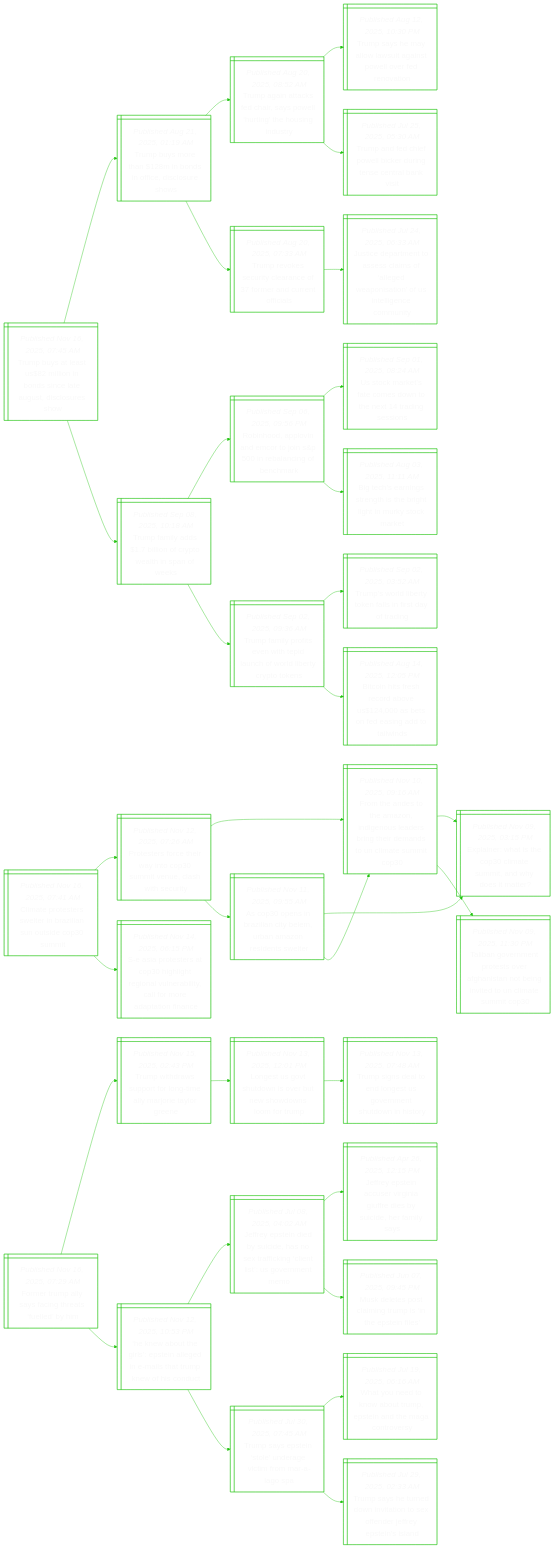
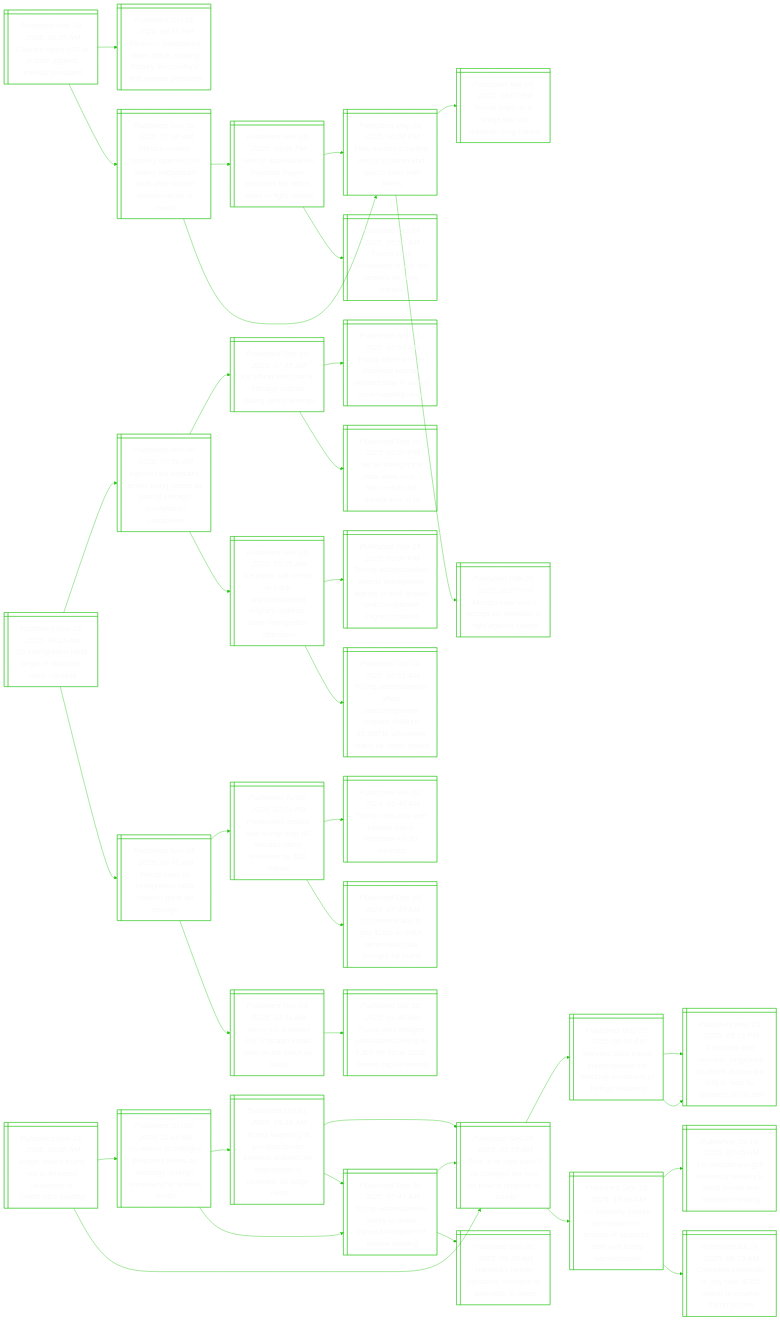
Before and after one commit to notJmes/notJmes: the diagram in README.md, drawn with Mermaid. The commit also changed other lines of this file, not shown here.

````diff
--- a/README.md
+++ b/README.md
@@ -16,109 +16,121 @@
 flowchart LR
 classDef txtsize font-size:20px;
 
-Tbttlidcescro@{ shape: win-pane, label: "_Published Nov 16, 2025, 07:45 AM_
-Trump buys at least us$82 million in bonds since late august, disclosures show" }
-Tboabiisuo@{ shape: win-pane, label: "_Published Aug 21, 2025, 01:19 AM_
-Trump buys more than $128m in bonds in office, disclosure shows" }
-Taakcsohnhnu@{ shape: win-pane, label: "_Published Aug 20, 2025, 08:52 AM_
-Trump again attacks fed chair, says powell ‘hurting’ the housing industry" }
-Tselatnwvdvn@{ shape: win-pane, label: "_Published Aug 12, 2025, 10:30 PM_
-Trump says he may allow lawsuit against powell over fed renovation" }
-Tadflkreelv@{ shape: win-pane, label: "_Published Jul 25, 2025, 05:30 AM_
-Trump and fed chief powell bicker during tense central bank visit" }
-Treucafecnis@{ shape: win-pane, label: "_Published Aug 20, 2025, 07:33 AM_
-Trump revokes security clearance of 37 former and current officials" }
-JcanscslwniUeeoi@{ shape: win-pane, label: "_Published Jul 24, 2025, 06:33 AM_
-Justice department to assess claims of ‘alleged weaponisation’ of us intelligence community" }
-Tfyborwhae@{ shape: win-pane, label: "_Published Sep 08, 2025, 10:18 AM_
-Trump family adds $1.7 billion of crypto wealth in span of weeks" }
-RhpiEtnragnr@{ shape: win-pane, label: "_Published Sep 06, 2025, 09:56 PM_
-Robinhood, applovin and emcor to join s&p 500 in rebalancing of benchmark" }
-Uckamwhtiss@{ shape: win-pane, label: "_Published Sep 01, 2025, 08:24 AM_
-Us stock market’s fate comes down to the next 14 trading sessions" }
-Bcrsnsrlikck@{ shape: win-pane, label: "_Published Aug 03, 2025, 11:11 AM_
-Big tech’s earnings strength is the bright light in murky stock market" }
-Tfyiehdcoiyte@{ shape: win-pane, label: "_Published Sep 02, 2025, 09:36 AM_
-Trump family profits even with tepid launch of world liberty crypto tokens" }
-Tsdrklfdtn@{ shape: win-pane, label: "_Published Sep 02, 2025, 03:52 AM_
-Trump’s world liberty token falls in first day of trading" }
-Bishrvsoegow@{ shape: win-pane, label: "_Published Aug 14, 2025, 12:05 PM_
-Bitcoin hits fresh record above us$124,000 as bets on fed easing add to tailwinds" }
+Ceupsiepd@{ shape: win-pane, label: "_Published Nov 16, 2025, 10:39 AM_
+Clashes injure 120 at protest against mexico president" }
+Moimscisanfwpd@{ shape: win-pane, label: "_Published Oct 01, 2024, 09:10 PM_
+Mexico’s sheinbaum takes office, making history as country’s first woman president" }
+Moicyailicatasioa@{ shape: win-pane, label: "_Published Nov 10, 2025, 07:30 AM_
+Mexico unveils security operation in violent michoacan state after brazen assassination of mayor" }
+Wfstxmaeoetht@{ shape: win-pane, label: "_Published Nov 06, 2025, 09:06 PM_
+Wife of assassinated mexican mayor assumes his office, vows to fight cartels" }
+Hxclrhegtnl@{ shape: win-pane, label: "_Published May 28, 2025, 06:04 PM_
+How mexico’s cartels recruit children and groom them into killers" }
+Tseaonencl@{ shape: win-pane, label: "_Published Oct 24, 2025, 05:55 AM_
+Trump says declaration of war not needed on drug cartels" }
+Hxclrhegtnl@{ shape: win-pane, label: "_Published May 28, 2025, 06:04 PM_
+How mexico’s cartels recruit children and groom them into killers" }
+TsSgoirr@{ shape: win-pane, label: "_Published Mar 05, 2025, 08:00 PM_
+Trump says us to 'wage war' on mexican drug cartels" }
+MowcUaihias@{ shape: win-pane, label: "_Published Feb 20, 2025, 11:07 PM_
+Mexico says won’t accept us ‘invasion’ in fight against cartels" }
 
-Tbttlidcescro:::txtsize --> Tboabiisuo:::txtsize
-Tboabiisuo:::txtsize --> Taakcsohnhnu:::txtsize
-Taakcsohnhnu:::txtsize --> Tselatnwvdvn:::txtsize
-Taakcsohnhnu:::txtsize --> Tadflkreelv:::txtsize
-Tboabiisuo:::txtsize --> Treucafecnis:::txtsize
-Treucafecnis:::txtsize --> JcanscslwniUeeoi:::txtsize
-Tbttlidcescro:::txtsize --> Tfyborwhae:::txtsize
-Tfyborwhae:::txtsize --> RhpiEtnragnr:::txtsize
-RhpiEtnragnr:::txtsize --> Uckamwhtiss:::txtsize
-RhpiEtnragnr:::txtsize --> Bcrsnsrlikck:::txtsize
-Tfyborwhae:::txtsize --> Tfyiehdcoiyte:::txtsize
-Tfyiehdcoiyte:::txtsize --> Tsdrklfdtn:::txtsize
-Tfyiehdcoiyte:::txtsize --> Bishrvsoegow:::txtsize
+Ceupsiepd:::txtsize --> Moimscisanfwpd:::txtsize
+Ceupsiepd:::txtsize --> Moicyailicatasioa:::txtsize
+Moicyailicatasioa:::txtsize --> Wfstxmaeoetht:::txtsize
+Wfstxmaeoetht:::txtsize --> Hxclrhegtnl:::txtsize
+Wfstxmaeoetht:::txtsize --> Tseaonencl:::txtsize
+Moicyailicatasioa:::txtsize --> Hxclrhegtnl:::txtsize
+Hxclrhegtnl:::txtsize --> TsSgoirr:::txtsize
+Hxclrhegtnl:::txtsize --> MowcUaihias:::txtsize
 
-CttrlnistCm@{ shape: win-pane, label: "_Published Nov 16, 2025, 07:41 AM_
-Climate protesters swelter in brazilian sun outside cop30 summit" }
-Psftwtstehsi@{ shape: win-pane, label: "_Published Nov 12, 2025, 07:26 AM_
-Protesters force their way into cop30 summit venue, clash with security" }
-FhehzdoabtddNamO@{ shape: win-pane, label: "_Published Nov 10, 2025, 09:16 AM_
-From the andes to the amazon, indigenous leaders bring their demands to un climate summit cop30" }
-EihtPamndte@{ shape: win-pane, label: "_Published Nov 09, 2025, 03:15 PM_
-Explainer: what is the cop30 climate summit, and why does it matter?" }
-Taentofinivtlei@{ shape: win-pane, label: "_Published Nov 09, 2025, 11:30 PM_
-Taliban government protests over afghanistan not being invited to un climate summit cop30" }
-AoiznBuAndse@{ shape: win-pane, label: "_Published Nov 11, 2025, 09:55 AM_
-As cop30 opens in brazilian city belem, urban amazon residents swelter" }
-EihtPamndte@{ shape: win-pane, label: "_Published Nov 09, 2025, 03:15 PM_
-Explainer: what is the cop30 climate summit, and why does it matter?" }
-FhehzdoabtddNamO@{ shape: win-pane, label: "_Published Nov 10, 2025, 09:16 AM_
-From the andes to the amazon, indigenous leaders bring their demands to un climate summit cop30" }
-SaesPlrnlbyfrpoa@{ shape: win-pane, label: "_Published Nov 14, 2025, 06:15 PM_
-S-e asia protesters at cop30 highlight regional vulnerability, call for more adaptation finance" }
+Jospoansffad@{ shape: win-pane, label: "_Published Nov 16, 2025, 10:00 AM_
+Judge orders trump not to threaten university of california’s funding" }
+Uolsoenlonlfdf@{ shape: win-pane, label: "_Published Oct 02, 2025, 11:45 AM_
+Us memo to colleges proposes terms on ideology, foreign enrolment for federal funds" }
+TttfaicsvfptswSes@{ shape: win-pane, label: "_Published Oct 01, 2025, 05:34 AM_
+Trump targeting of pro-palestinian campus activists for deportation is unlawful, us judge rules" }
+GngcoetnooT@{ shape: win-pane, label: "_Published Sep 29, 2025, 09:25 AM_
+Give in or fight back? us colleges are torn on how to respond to trump" }
+TaiteoHrllfad@{ shape: win-pane, label: "_Published Sep 30, 2025, 07:47 AM_
+Trump administration seeks to make harvard ineligible for federal funding" }
+TaiteoHrllfad@{ shape: win-pane, label: "_Published Sep 30, 2025, 07:47 AM_
+Trump administration seeks to make harvard ineligible for federal funding" }
+GngcoetnooT@{ shape: win-pane, label: "_Published Sep 29, 2025, 09:25 AM_
+Give in or fight back? us colleges are torn on how to respond to trump" }
+Hrrreizsoop@{ shape: win-pane, label: "_Published Sep 20, 2025, 09:20 AM_
+Harvard’s former president criticizes its approach to trump" }
+GngcoetnooT@{ shape: win-pane, label: "_Published Sep 29, 2025, 09:25 AM_
+Give in or fight back? us colleges are torn on how to respond to trump" }
+Hrspnafogloett@{ shape: win-pane, label: "_Published May 23, 2025, 09:34 PM_
+Harvard sues trump administration for blocking enrolment of foreign students" }
+Csdonrdavowoann@{ shape: win-pane, label: "_Published May 23, 2025, 03:15 PM_
+Confused and nervous, singapore students at harvard told to ‘wait for updates’ on us ban" }
+Csdonrdavowoann@{ shape: win-pane, label: "_Published May 23, 2025, 03:15 PM_
+Confused and nervous, singapore students at harvard told to ‘wait for updates’ on us ban" }
+Ukssrooodswrdsi@{ shape: win-pane, label: "_Published Sep 13, 2025, 10:30 AM_
+Uc berkeley shares information on dozens of students, staff with trump administration" }
+Uuaiiiaieutihn@{ shape: win-pane, label: "_Published Jul 16, 2025, 07:45 AM_
+Us republicans grill university leaders in latest house anti-semitism hearing" }
+Cbiipeloluo@{ shape: win-pane, label: "_Published Jul 24, 2025, 08:15 AM_
+Columbia university to pay over $255 million to resolve trump probes" }
 
-CttrlnistCm:::txtsize --> Psftwtstehsi:::txtsize
-Psftwtstehsi:::txtsize --> FhehzdoabtddNamO:::txtsize
-FhehzdoabtddNamO:::txtsize --> EihtPamndte:::txtsize
-FhehzdoabtddNamO:::txtsize --> Taentofinivtlei:::txtsize
-Psftwtstehsi:::txtsize --> AoiznBuAndse:::txtsize
-AoiznBuAndse:::txtsize --> EihtPamndte:::txtsize
-AoiznBuAndse:::txtsize --> FhehzdoabtddNamO:::txtsize
-CttrlnistCm:::txtsize --> SaesPlrnlbyfrpoa:::txtsize
+Jospoansffad:::txtsize --> Uolsoenlonlfdf:::txtsize
+Uolsoenlonlfdf:::txtsize --> TttfaicsvfptswSes:::txtsize
+TttfaicsvfptswSes:::txtsize --> GngcoetnooT:::txtsize
+TttfaicsvfptswSes:::txtsize --> TaiteoHrllfad:::txtsize
+Uolsoenlonlfdf:::txtsize --> TaiteoHrllfad:::txtsize
+TaiteoHrllfad:::txtsize --> GngcoetnooT:::txtsize
+TaiteoHrllfad:::txtsize --> Hrrreizsoop:::txtsize
+Jospoansffad:::txtsize --> GngcoetnooT:::txtsize
+GngcoetnooT:::txtsize --> Hrspnafogloett:::txtsize
+Hrspnafogloett:::txtsize --> Csdonrdavowoann:::txtsize
+Hrspnafogloett:::txtsize --> Csdonrdavowoann:::txtsize
+GngcoetnooT:::txtsize --> Ukssrooodswrdsi:::txtsize
+Ukssrooodswrdsi:::txtsize --> Uuaiiiaieutihn:::txtsize
+Ukssrooodswrdsi:::txtsize --> Cbiipeloluo:::txtsize
 
-Frpsattly@{ shape: win-pane, label: "_Published Nov 16, 2025, 07:29 AM_
-Former trump ally says facing threats ‘fuelled’ by him" }
-TwrutomyoaGe@{ shape: win-pane, label: "_Published Nov 15, 2025, 02:43 PM_
-Trump withdraws support for long-time ally marjorie taylor greene" }
-Lsounenonmr@{ shape: win-pane, label: "_Published Nov 13, 2025, 12:01 PM_
-Longest us govt shutdown is over but new showdowns loom for trump" }
-Tsdootveuns@{ shape: win-pane, label: "_Published Nov 13, 2025, 07:48 AM_
-Trump signs deal to end longest us government shutdown in history" }
-HwtipngesTkfot@{ shape: win-pane, label: "_Published Nov 12, 2025, 10:53 PM_
-‘he knew about the girls’: epstein alleged in e-mails that trump knew of his conduct" }
-Jetisdntigntvem@{ shape: win-pane, label: "_Published Jul 08, 2025, 04:02 AM_
-Jeffrey epstein died by suicide, has no sex trafficking ‘client list’: us government memo" }
-Jetcriiebceiy@{ shape: win-pane, label: "_Published Apr 26, 2025, 12:15 PM_
-Jeffrey epstein accuser virginia giuffre dies by suicide, her family says" }
-MesciuiEie@{ shape: win-pane, label: "_Published Jun 07, 2025, 09:45 PM_
-Musk deletes post claiming trump is ‘in the epstein files’" }
-Tspnerifag@{ shape: win-pane, label: "_Published Jul 30, 2025, 07:45 AM_
-Trump says epstein ‘stole’ underage victim from mar-a-lago spa" }
-WodoumtnMov@{ shape: win-pane, label: "_Published Jul 19, 2025, 06:16 AM_
-What you need to know about trump, epstein and the maga controversy" }
-Tseentnxneyes@{ shape: win-pane, label: "_Published Jul 29, 2025, 02:33 AM_
-Trump says he turned down invitation to sex offender jeffrey epstein’s island" }
+UiiigCooan@{ shape: win-pane, label: "_Published Nov 16, 2025, 08:15 AM_
+Us immigration raids begin in charlotte, north carolina" }
+Asdriveatiirnk@{ shape: win-pane, label: "_Published Nov 06, 2025, 07:30 AM_
+Agents raid daycare, senior living centre as part of chicago immigration crackdown" }
+IfkmCgurrap@{ shape: win-pane, label: "_Published Sep 13, 2025, 07:45 AM_
+Ice officer kills man in chicago suburb during arrest attempt" }
+ToeeaKneaSoah@{ shape: win-pane, label: "_Published Sep 11, 2025, 07:34 AM_
+Trump offered to let detained korean workers stay in us but most heading home" }
+WthrwvatoitA@{ shape: win-pane, label: "_Published Sep 10, 2025, 02:07 PM_
+‘we all thought the raids were over’: fears return for immigrants in la" }
+Ialttuoigcrhmtfe@{ shape: win-pane, label: "_Published Nov 06, 2025, 05:05 AM_
+Ice plans call centre to track unaccompanied migrant children, other immigration offenders" }
+Taitisgonfeuoigcr@{ shape: win-pane, label: "_Published Feb 23, 2025, 09:07 PM_
+Trump administration directs immigration agents to find, deport unaccompanied migrant children" }
+Taitfuoigcrvtyeth@{ shape: win-pane, label: "_Published Oct 04, 2025, 09:51 AM_
+Trump administration offers unaccompanied migrant children $3,200 to voluntarily leave us, letter shows" }
+TsSgodeneh@{ shape: win-pane, label: "_Published Nov 03, 2025, 06:40 AM_
+Trump says us immigration raids ‘haven’t gone far enough’" }
+PoesToisiewin@{ shape: win-pane, label: "_Published Jul 02, 2025, 02:09 PM_
+Paramount settles with trump over 60 minutes harris interview for $20 million" }
+TsBrlrteis@{ shape: win-pane, label: "_Published Nov 01, 2024, 05:40 AM_
+Trump sues cbs over kamala harris interview on 60 minutes" }
+UwBasemnbhr@{ shape: win-pane, label: "_Published Dec 15, 2024, 07:40 AM_
+Us network abc to pay $20m to settle defamation suit brought by trump" }
+WoocholeEko@{ shape: win-pane, label: "_Published Nov 03, 2025, 12:11 AM_
+‘we’re not a violent city’: chicago locals take on ice block by block" }
+Tseessifsocrd@{ shape: win-pane, label: "_Published Oct 31, 2025, 01:46 AM_
+Trump sets refugee admissions ceiling at 7,500 for fiscal 2026, lowest cap on record" }
 
-Frpsattly:::txtsize --> TwrutomyoaGe:::txtsize
-TwrutomyoaGe:::txtsize --> Lsounenonmr:::txtsize
-Lsounenonmr:::txtsize --> Tsdootveuns:::txtsize
-Frpsattly:::txtsize --> HwtipngesTkfot:::txtsize
-HwtipngesTkfot:::txtsize --> Jetisdntigntvem:::txtsize
-Jetisdntigntvem:::txtsize --> Jetcriiebceiy:::txtsize
-Jetisdntigntvem:::txtsize --> MesciuiEie:::txtsize
-HwtipngesTkfot:::txtsize --> Tspnerifag:::txtsize
-Tspnerifag:::txtsize --> WodoumtnMov:::txtsize
-Tspnerifag:::txtsize --> Tseentnxneyes:::txtsize
+UiiigCooan:::txtsize --> Asdriveatiirnk:::txtsize
+Asdriveatiirnk:::txtsize --> IfkmCgurrap:::txtsize
+IfkmCgurrap:::txtsize --> ToeeaKneaSoah:::txtsize
+IfkmCgurrap:::txtsize --> WthrwvatoitA:::txtsize
+Asdriveatiirnk:::txtsize --> Ialttuoigcrhmtfe:::txtsize
+Ialttuoigcrhmtfe:::txtsize --> Taitisgonfeuoigcr:::txtsize
+Ialttuoigcrhmtfe:::txtsize --> Taitfuoigcrvtyeth:::txtsize
+UiiigCooan:::txtsize --> TsSgodeneh:::txtsize
+TsSgodeneh:::txtsize --> PoesToisiewin:::txtsize
+PoesToisiewin:::txtsize --> TsBrlrteis:::txtsize
+PoesToisiewin:::txtsize --> UwBasemnbhr:::txtsize
+TsSgodeneh:::txtsize --> WoocholeEko:::txtsize
+WoocholeEko:::txtsize --> Tseessifsocrd:::txtsize
 
 ```
````
